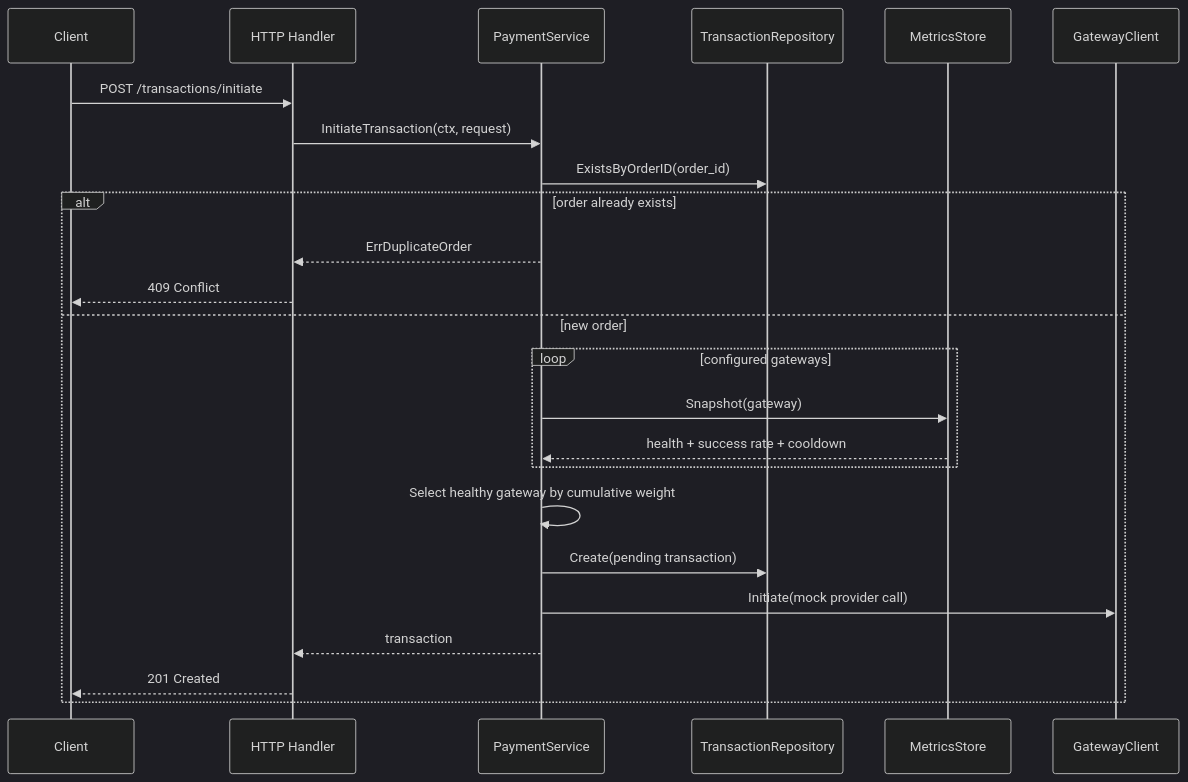
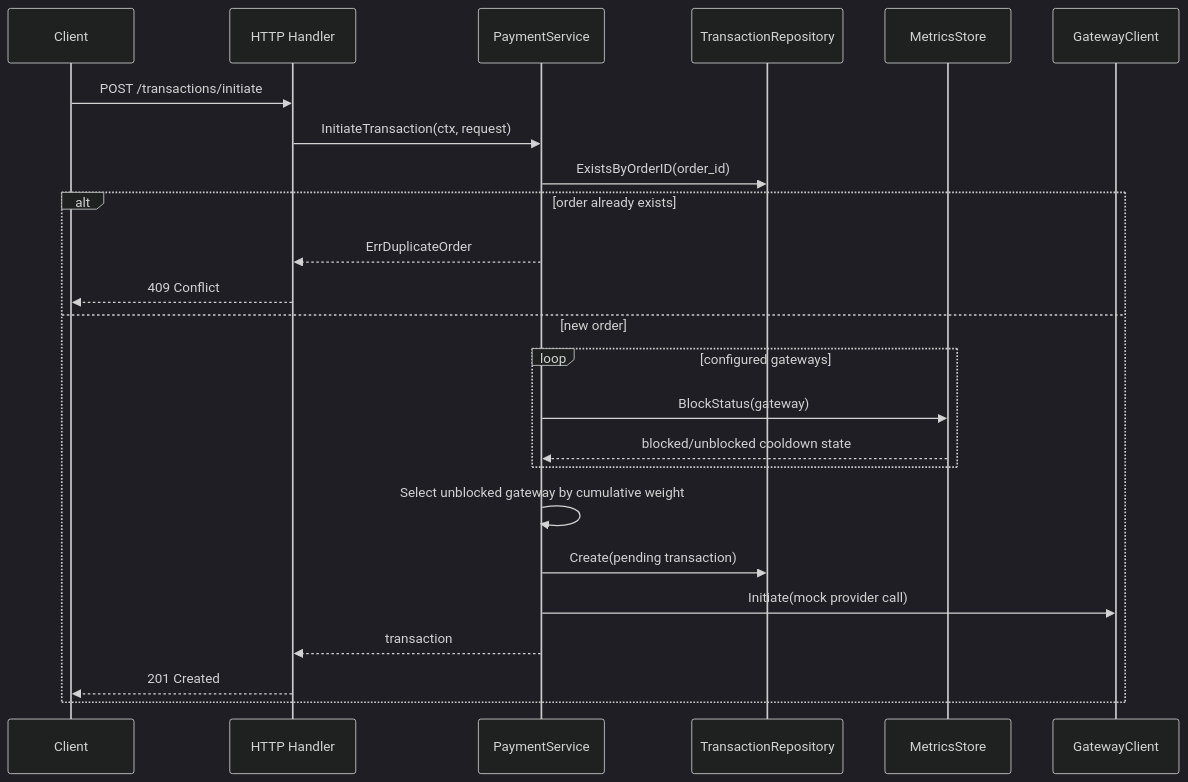
Before and after one commit to nanorex07/payment-routing-service: the third of 5 diagrams in README.md, drawn with Mermaid (dark theme). The commit also changed other lines of this file and 14 other files, not shown here.

````diff
--- a/README.md
+++ b/README.md
@@ -88,27 +88,27 @@
 ```mermaid
 sequenceDiagram
     participant C as Client
     participant H as HTTP Handler
     participant S as PaymentService
     participant R as TransactionRepository
     participant M as MetricsStore
     participant G as GatewayClient
 
     C->>H: POST /transactions/initiate
     H->>S: InitiateTransaction(ctx, request)
     S->>R: ExistsByOrderID(order_id)
     alt order already exists
         S-->>H: ErrDuplicateOrder
         H-->>C: 409 Conflict
     else new order
         loop configured gateways
-            S->>M: Snapshot(gateway)
-            M-->>S: health + success rate + cooldown
+            S->>M: BlockStatus(gateway)
+            M-->>S: blocked/unblocked cooldown state
         end
-        S->>S: Select healthy gateway by cumulative weight
+        S->>S: Select unblocked gateway by cumulative weight
         S->>R: Create(pending transaction)
         S->>G: Initiate(mock provider call)
         S-->>H: transaction
         H-->>C: 201 Created
     end
 ```
````
